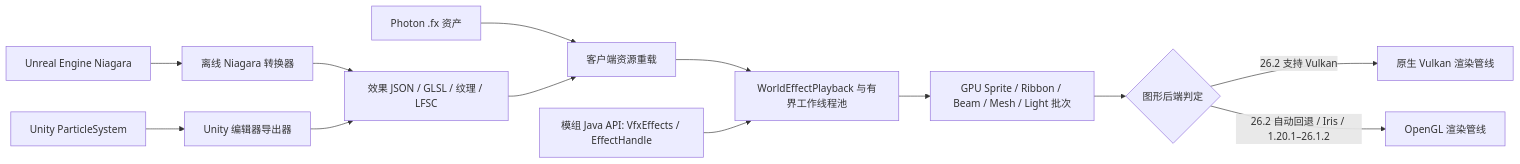
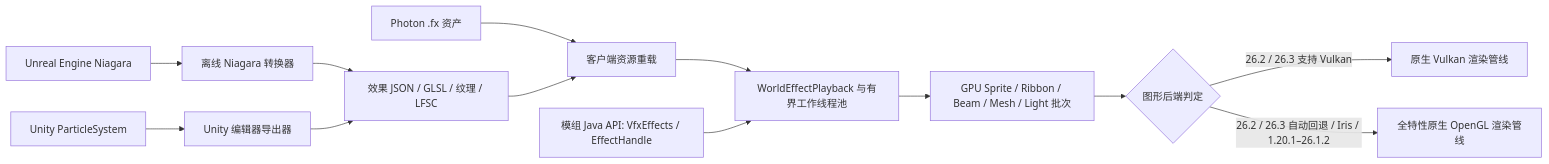
One commit to kltyton/LumenFX changed the diagram in docs/wiki/Home-zh.md. Above: the diagram before and after it, drawn with Mermaid. The commit also changed other lines of this file and 129 other files, not shown here.

````diff
--- a/docs/wiki/Home-zh.md
+++ b/docs/wiki/Home-zh.md
@@ -15,15 +15,15 @@
 ```mermaid
 flowchart LR
     UE[Unreal Engine Niagara] --> C[离线 Niagara 转换器]
     U[Unity ParticleSystem] --> E[Unity 编辑器导出器]
     P[Photon .fx 资产] --> L[客户端资源重载]
     C --> R[效果 JSON / GLSL / 纹理 / LFSC]
     E --> R
     R --> L
     L --> S[WorldEffectPlayback 与有界工作线程池]
     API[模组 Java API: VfxEffects / EffectHandle] --> S
     S --> G[GPU Sprite / Ribbon / Beam / Mesh / Light 批次]
     G --> B{图形后端判定}
-    B -->|26.2 支持 Vulkan| VK[原生 Vulkan 渲染管线]
-    B -->|26.2 自动回退 / Iris / 1.20.1–26.1.2| GL[OpenGL 渲染管线]
+    B -->|26.2 / 26.3 支持 Vulkan| VK[原生 Vulkan 渲染管线]
+    B -->|26.2 / 26.3 自动回退 / Iris / 1.20.1–26.1.2| GL[全特性原生 OpenGL 渲染管线]
 ```
````
